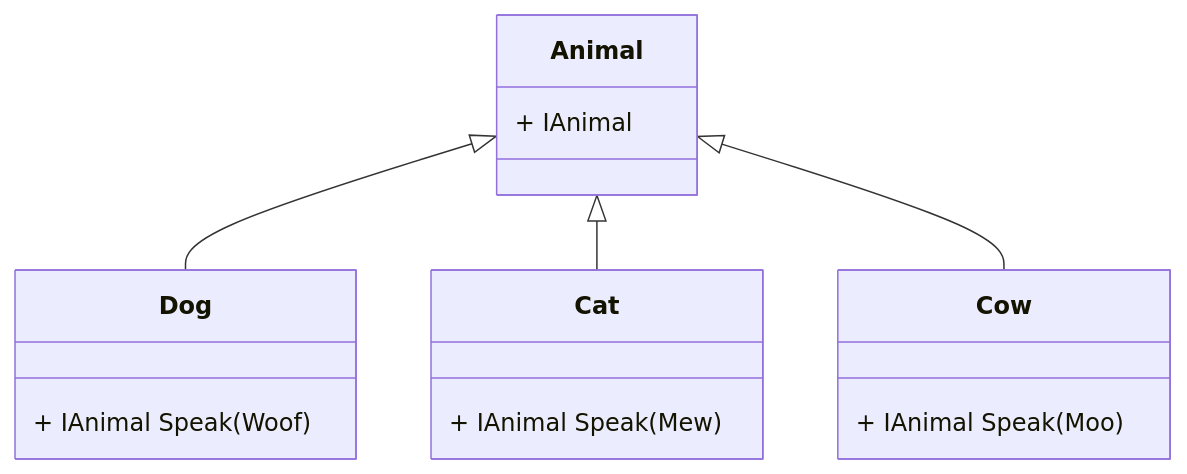
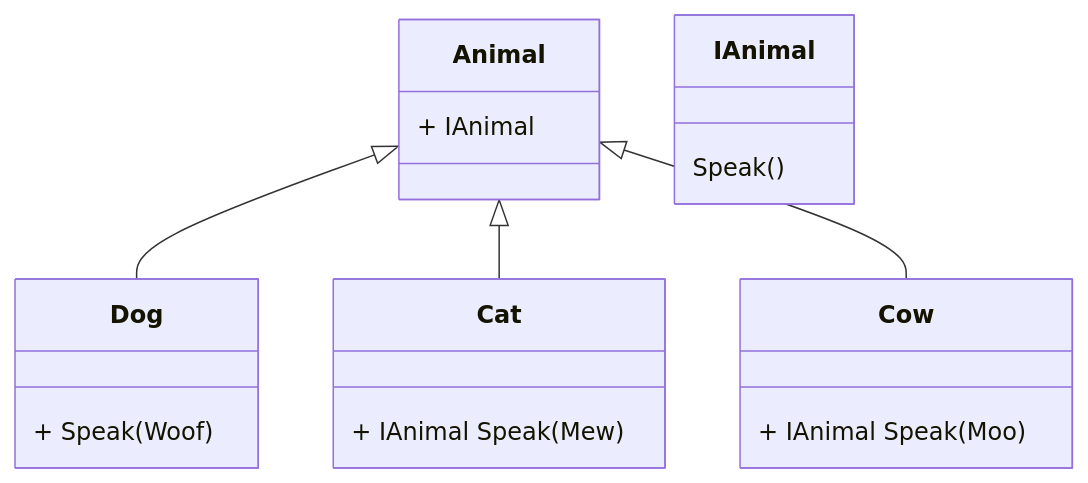
The diagram in README.md (TGabinW/CW6), drawn with Mermaid before and after one commit.

````diff
--- a/README.md
+++ b/README.md
@@ -3,16 +3,17 @@
 ```mermaid
 classDiagram
     Animal <|-- Dog
     Animal <|-- Cat
     Animal <|-- Cow
     Animal: + IAnimal
+    IAnimal: Speak()
     class Dog{
-        + IAnimal Speak(Woof)
+        +  Speak(Woof)
     }
     class Cat{
         + IAnimal Speak(Mew)
     }
     class Cow{
         + IAnimal Speak(Moo)
     }
 ```
````
